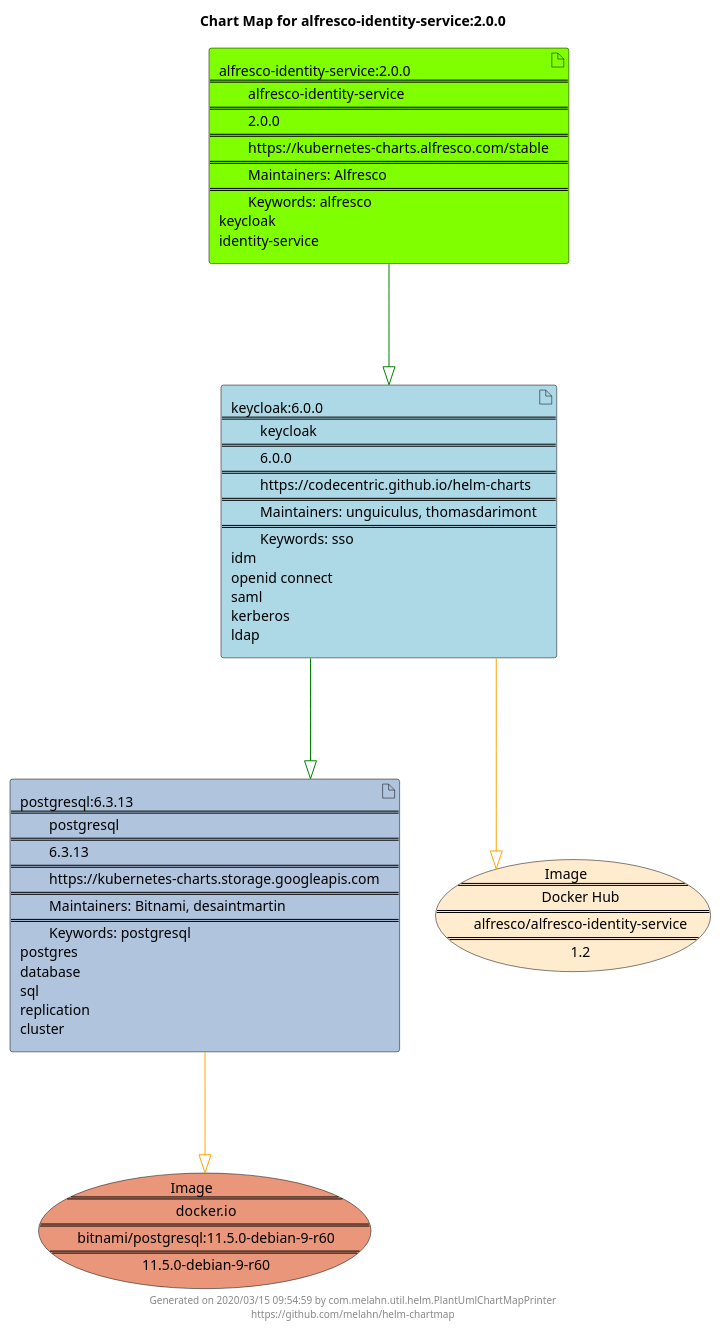
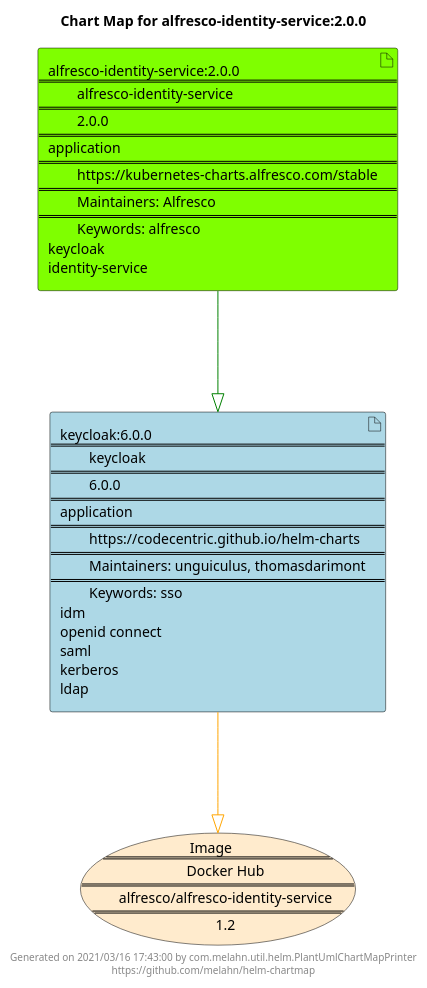
Before and after one commit to melahn/helm-chartmap: the diagram in docs/alfresco-identity-service/alfresco-identity-service-2.0.0.puml, drawn with PlantUML. The commit also changed 30 other files, not shown here.

Commit message:
Update example chartmaps using 3.0 snapshot

```diff
--- a/docs/alfresco-identity-service/alfresco-identity-service-2.0.0.puml
+++ b/docs/alfresco-identity-service/alfresco-identity-service-2.0.0.puml
@@ -1,27 +1,23 @@
 @startuml
 skinparam linetype ortho
 skinparam backgroundColor white
 skinparam usecaseBorderColor black
 skinparam usecaseArrowColor LightSlateGray
 skinparam artifactBorderColor black
 skinparam artifactArrowColor LightSlateGray
 
 title Chart Map for alfresco-identity-service:2.0.0
 
-'There are 3 referenced Helm Charts
-artifact "postgresql:6.3.13\n====\n\tpostgresql\n====\n\t6.3.13\n====\n\thttps://kubernetes-charts.storage.googleapis.com\n====\n\tMaintainers: Bitnami, desaintmartin\n====\n\tKeywords: postgresql\npostgres\ndatabase\nsql\nreplication\ncluster" as postgresql_6_3_13 #LightSteelBlue
-artifact "keycloak:6.0.0\n====\n\tkeycloak\n====\n\t6.0.0\n====\n\thttps://codecentric.github.io/helm-charts\n====\n\tMaintainers: unguiculus, thomasdarimont\n====\n\tKeywords: sso\nidm\nopenid connect\nsaml\nkerberos\nldap" as keycloak_6_0_0 #LightBlue
-artifact "alfresco-identity-service:2.0.0\n====\n\talfresco-identity-service\n====\n\t2.0.0\n====\n\thttps://kubernetes-charts.alfresco.com/stable\n====\n\tMaintainers: Alfresco\n====\n\tKeywords: alfresco\nkeycloak\nidentity-service" as alfresco_identity_service_2_0_0 #Chartreuse
+'There are 2 referenced Helm Charts
+artifact "keycloak:6.0.0\n====\n\tkeycloak\n====\n\t6.0.0\n====\napplication\n====\n\thttps://codecentric.github.io/helm-charts\n====\n\tMaintainers: unguiculus, thomasdarimont\n====\n\tKeywords: sso\nidm\nopenid connect\nsaml\nkerberos\nldap" as keycloak_6_0_0 #LightBlue
+artifact "alfresco-identity-service:2.0.0\n====\n\talfresco-identity-service\n====\n\t2.0.0\n====\napplication\n====\n\thttps://kubernetes-charts.alfresco.com/stable\n====\n\tMaintainers: Alfresco\n====\n\tKeywords: alfresco\nkeycloak\nidentity-service" as alfresco_identity_service_2_0_0 #Chartreuse
 
-'There are 2 referenced Docker Images
-usecase "Image\n====\n\tdocker.io\n====\n\tbitnami/postgresql:11.5.0-debian-9-r60\n====\n\t11.5.0-debian-9-r60" as docker_io_bitnami_postgresql_11_5_0_debian_9_r60 #DarkSalmon
+'There is one referenced Docker Image
 usecase "Image\n====\n\tDocker Hub\n====\n\talfresco/alfresco-identity-service\n====\n\t1.2" as alfresco_alfresco_identity_service_1_2 #BlanchedAlmond
 
 'Chart Dependencies
 alfresco_identity_service_2_0_0--[#green]-|>keycloak_6_0_0
-keycloak_6_0_0--[#green]-|>postgresql_6_3_13
-postgresql_6_3_13--[#orange]-|>docker_io_bitnami_postgresql_11_5_0_debian_9_r60
 keycloak_6_0_0--[#orange]-|>alfresco_alfresco_identity_service_1_2
 
-center footer Generated on 2020/03/15 09:54:59 by com.melahn.util.helm.PlantUmlChartMapPrinter\nhttps://github.com/melahn/helm-chartmap
+center footer Generated on 2021/03/16 17:43:00 by com.melahn.util.helm.PlantUmlChartMapPrinter\nhttps://github.com/melahn/helm-chartmap
 @enduml
```
